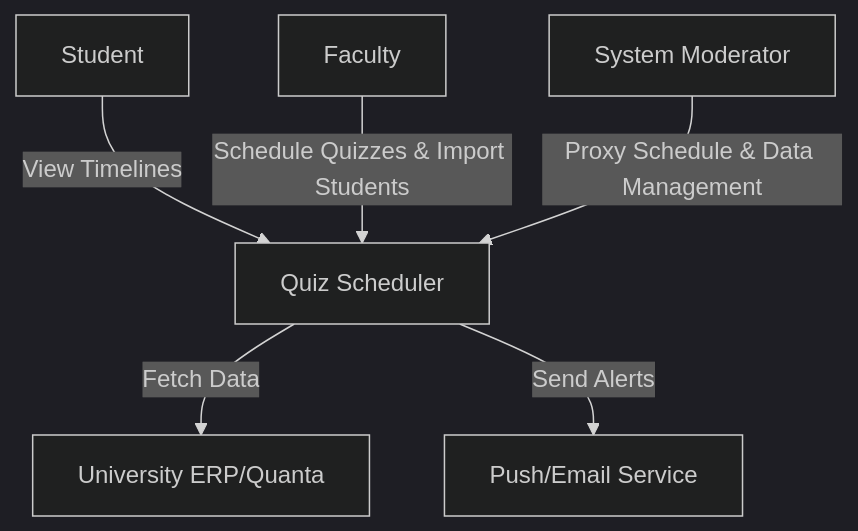
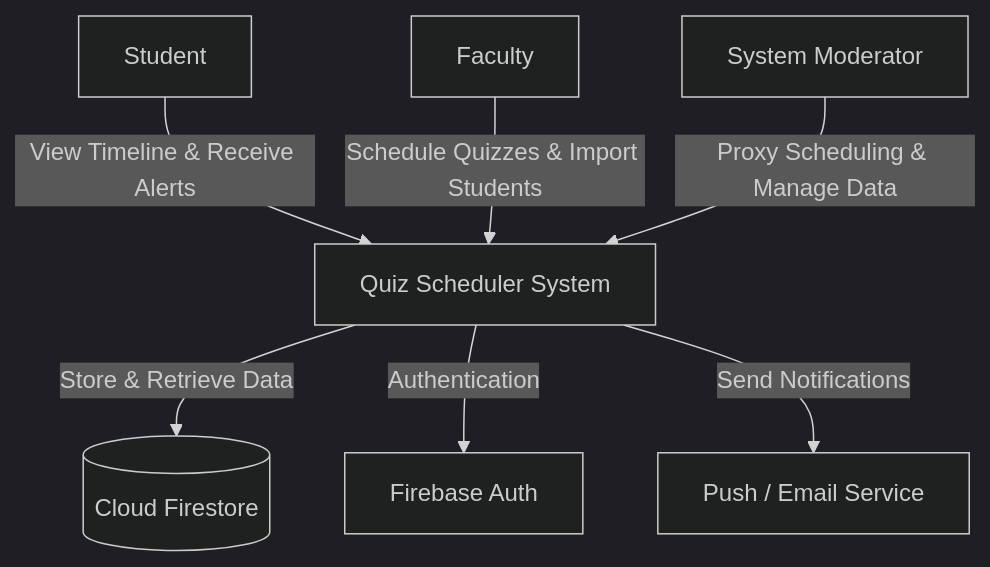
One commit to csf314-2026/docs_BROCODE-RS changed the first of 4 diagrams in tech-stack.md. Above: the diagram before and after it, drawn with Mermaid (dark theme). The commit also changed other lines of this file, not shown here.

````diff
--- a/tech-stack.md
+++ b/tech-stack.md
@@ -14,8 +19,10 @@
 ```mermaid
 graph TD
-    User_Student[Student] -- View Timelines --> Sys[Quiz Scheduler]
-    User_Faculty[Faculty] -- Schedule Quizzes & Import Students --> Sys
-    User_Admin[System Moderator] -- Proxy Schedule & Data Management --> Sys
-    Sys -- Fetch Data --> ERP[University ERP/Quanta]
-    Sys -- Send Alerts --> Notification[Push/Email Service]
-```    
+    Student[Student] -- View Timeline & Receive Alerts --> System[Quiz Scheduler System]
+    Faculty[Faculty] -- Schedule Quizzes & Import Students --> System
+    Admin[System Moderator] -- Proxy Scheduling & Manage Data --> System
+    
+    System -- Store & Retrieve Data --> Firestore[(Cloud Firestore)]
+    System -- Authentication --> FirebaseAuth[Firebase Auth]
+    System -- Send Notifications --> NotificationService[Push / Email Service]
+```
````
